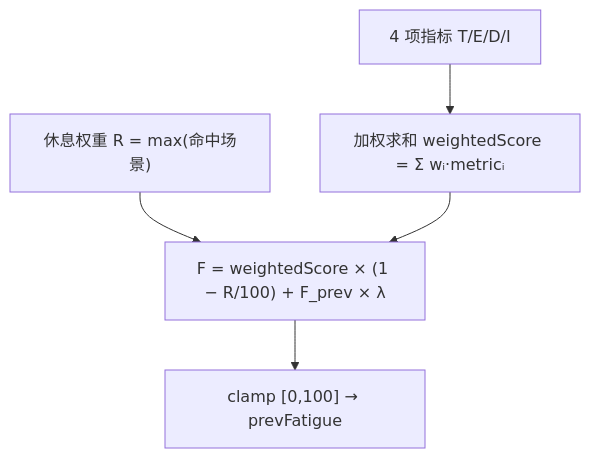
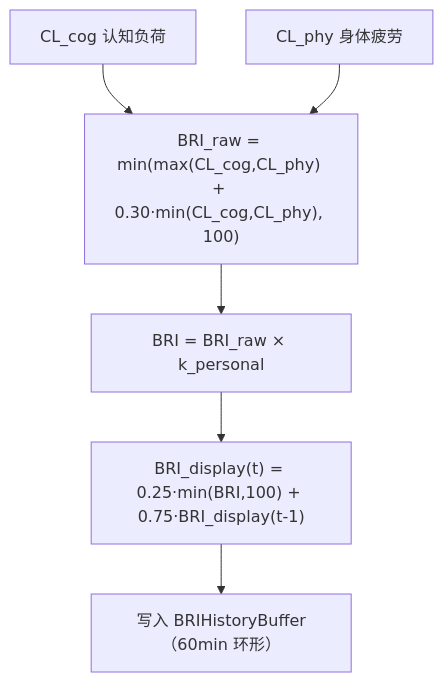
The diagram in .qoder/repowiki/zh/content/架构设计/数据流设计/数据处理引擎.md (MingxuanGame/BrainRest), drawn with Mermaid before and after one commit. The commit also changed other lines of this file and 70 other files, not shown here.

````diff
--- a/.qoder/repowiki/zh/content/架构设计/数据流设计/数据处理引擎.md
+++ b/.qoder/repowiki/zh/content/架构设计/数据流设计/数据处理引擎.md
@@ -40,7 +50,8 @@
 ```mermaid
 flowchart TD
-M["4 项指标 T/E/D/I"] --> W["加权求和 weightedScore = Σ wᵢ·metricᵢ"]
-R["休息权重 R = max(命中场景)"] --> F
-W --> F["F = weightedScore × (1 − R/100) + F_prev × λ"]
-F --> C["clamp [0,100] → prevFatigue"]
+CG["CL_cog 认知负荷"] --> F["BRI_raw = min(max(CL_cog,CL_phy) + 0.30·min(CL_cog,CL_phy), 100)"]
+CP["CL_phy 身体疲劳"] --> F
+F --> K["BRI = BRI_raw × k_personal"]
+K --> S["BRI_display(t) = 0.25·min(BRI,100) + 0.75·BRI_display(t-1)"]
+S --> H["写入 BRIHistoryBuffer（60min 环形）"]
 ```
````
